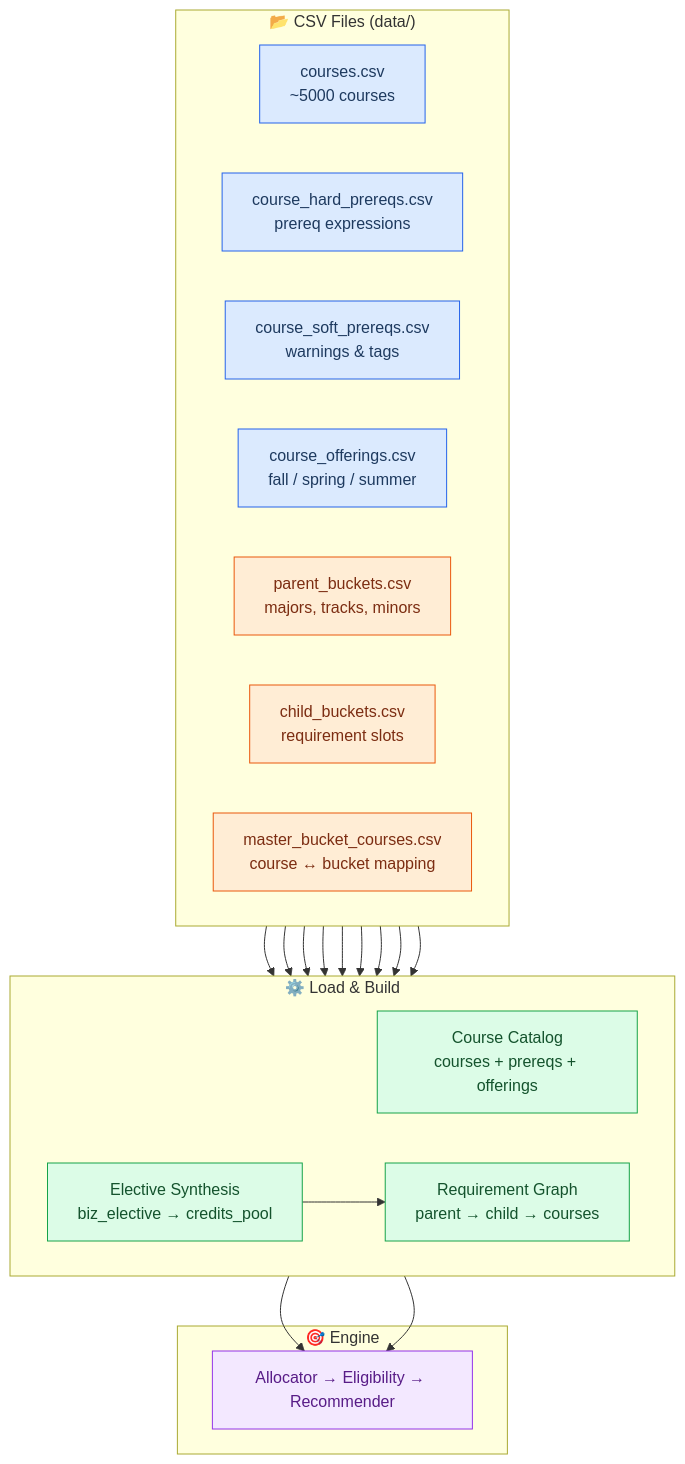
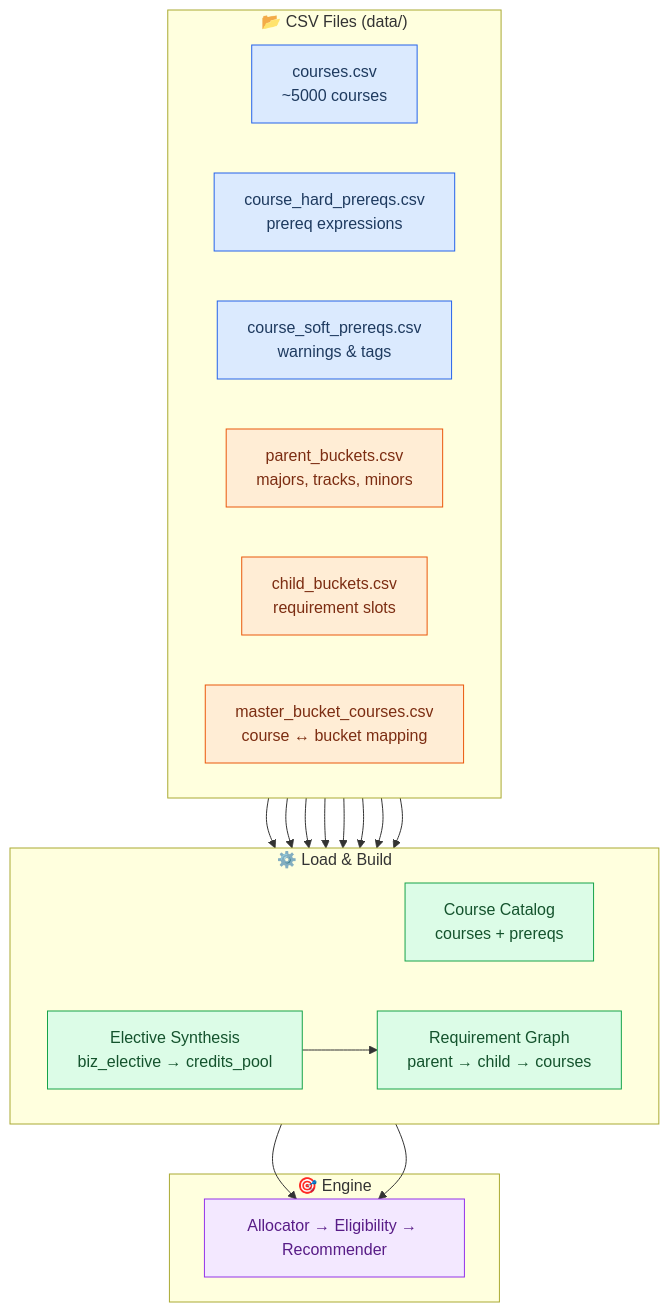
One commit to markiengo/marqbot changed the first of 2 diagrams in data/data_model.md. Above: the diagram before and after it, drawn with Mermaid. The commit also changed other lines of this file and 13 other files, not shown here.

````diff
--- a/data/data_model.md
+++ b/data/data_model.md
@@ -9,39 +9,38 @@
 ```mermaid
 flowchart TD
     classDef blue fill:#dbeafe,stroke:#2563eb,color:#1e3a5f
     classDef green fill:#dcfce7,stroke:#16a34a,color:#14532d
     classDef orange fill:#ffedd5,stroke:#ea580c,color:#7c2d12
     classDef purple fill:#f3e8ff,stroke:#9333ea,color:#581c87
 
     subgraph CSV["📂 CSV Files (data/)"]
         direction LR
         C["courses.csv\n~5000 courses"]
         HP["course_hard_prereqs.csv\nprereq expressions"]
         SP["course_soft_prereqs.csv\nwarnings & tags"]
-        O["course_offerings.csv\nfall / spring / summer"]
         PB["parent_buckets.csv\nmajors, tracks, minors"]
         CB["child_buckets.csv\nrequirement slots"]
         MBC["master_bucket_courses.csv\ncourse ↔ bucket mapping"]
     end
 
     subgraph BUILD["⚙️ Load & Build"]
         direction LR
-        RC["Course Catalog\ncourses + prereqs + offerings"]
+        RC["Course Catalog\ncourses + prereqs"]
         BG["Requirement Graph\nparent → child → courses"]
         DYN["Elective Synthesis\nbiz_elective → credits_pool"]
     end
 
     subgraph ENGINE["🎯 Engine"]
         ENG["Allocator → Eligibility → Recommender"]
     end
 
-    C & HP & SP & O --> RC
+    C & HP & SP --> RC
     PB & CB & MBC --> BG
     C & CB --> DYN --> BG
     RC & BG --> ENG
 
-    class C,HP,SP,O blue
+    class C,HP,SP blue
     class PB,CB,MBC orange
     class RC,BG,DYN green
     class ENG purple
 ```
````
